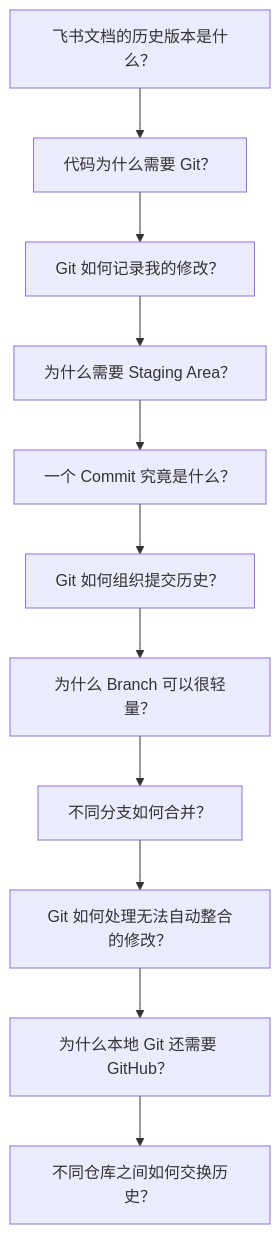
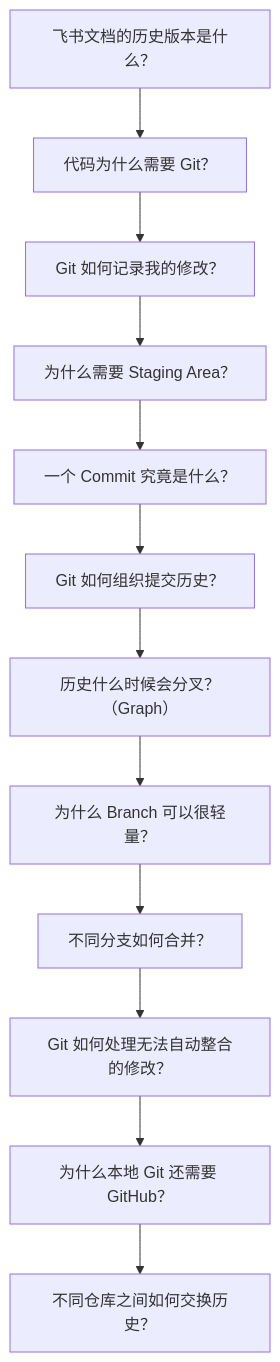
Before and after one commit to Ackii-Lo/2627-weekly-session: diagram 20 of 20 in Contents/S02-20261030-Git/ref/git-ref.md, drawn with Mermaid. The commit also changed other lines of this file, not shown here.

Commit message:
docs(s2): add graph prelude and hash traits

````diff
--- a/Contents/S02-20261030-Git/ref/git-ref.md
+++ b/Contents/S02-20261030-Git/ref/git-ref.md
@@ -1095,12 +1122,12 @@
 ```mermaid
 flowchart TD
     Q0["飞书文档的历史版本是什么？"] --> Q1["代码为什么需要 Git？"] --> Q2["Git 如何记录我的修改？"]
     Q2 --> Q3["为什么需要 Staging Area？"]
     Q3 --> Q4["一个 Commit 究竟是什么？"]
     Q4 --> Q5["Git 如何组织提交历史？"]
-    Q5 --> Q6["为什么 Branch 可以很轻量？"]
+    Q5 --> Q55["历史什么时候会分叉？（Graph）"] --> Q6["为什么 Branch 可以很轻量？"]
     Q6 --> Q7["不同分支如何合并？"]
     Q7 --> Q8["Git 如何处理无法自动整合的修改？"]
     Q8 --> Q9["为什么本地 Git 还需要 GitHub？"]
     Q9 --> Q10["不同仓库之间如何交换历史？"]
 ```
````
